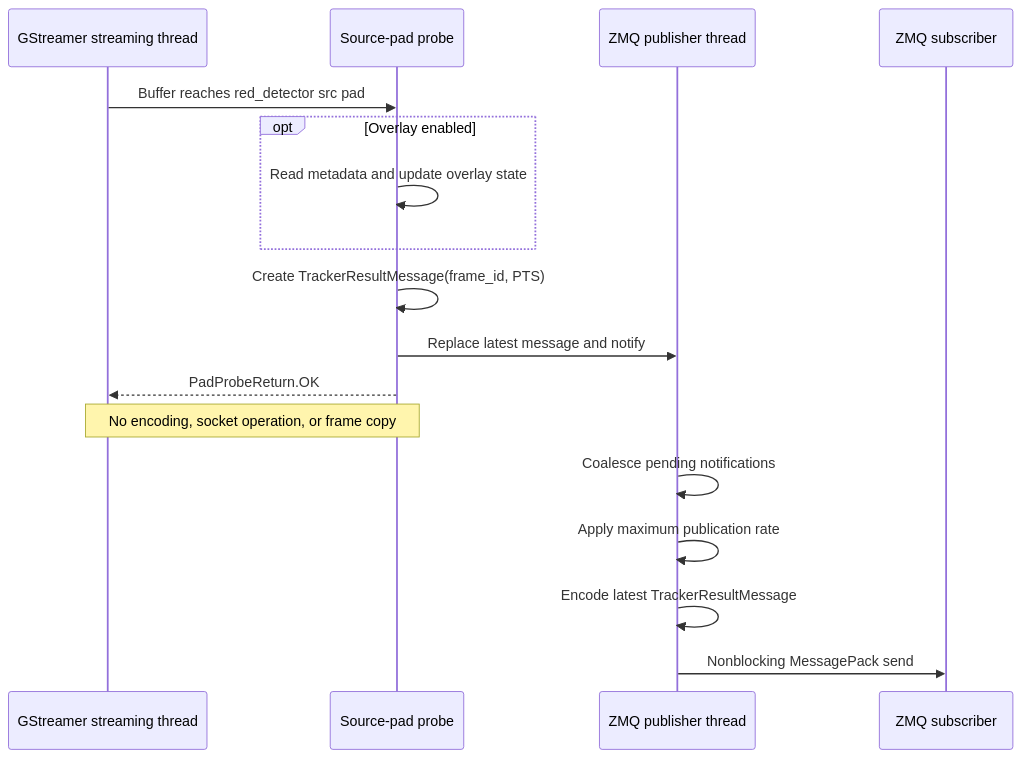
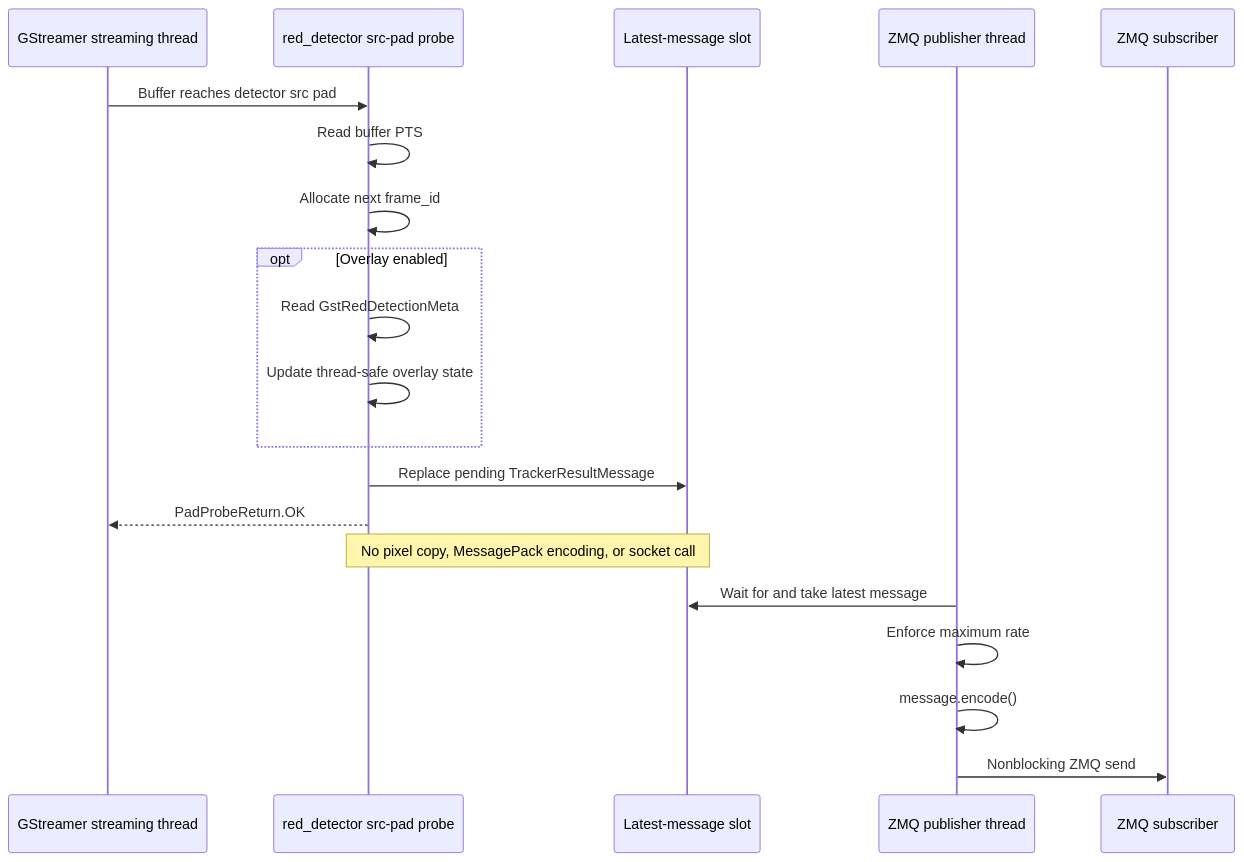
Before and after one commit to mayaboker/bt_ws: the second of 5 diagrams in bt_gst/docs/red_detection_zmq_flow.md, drawn with Mermaid. The commit also changed other lines of this file and 36 other files, not shown here.

Commit message:
clean and refactor visual bridge 1. listen to incoming tracker message

````diff
--- a/bt_gst/docs/red_detection_zmq_flow.md
+++ b/bt_gst/docs/red_detection_zmq_flow.md
@@ -42,21 +58,25 @@
 ```mermaid
 sequenceDiagram
     participant GST as GStreamer streaming thread
-    participant P as Source-pad probe
-    participant W as ZMQ publisher thread
-    participant Z as ZMQ subscriber
+    participant Probe as red_detector src-pad probe
+    participant Slot as Latest-message slot
+    participant Worker as ZMQ publisher thread
+    participant SUB as ZMQ subscriber
 
-    GST->>P: Buffer reaches red_detector src pad
+    GST->>Probe: Buffer reaches detector src pad
+    Probe->>Probe: Read buffer PTS
+    Probe->>Probe: Allocate next frame_id
     opt Overlay enabled
-        P->>P: Read metadata and update overlay state
+        Probe->>Probe: Read GstRedDetectionMeta
+        Probe->>Probe: Update thread-safe overlay state
     end
-    P->>P: Create TrackerResultMessage(frame_id, PTS)
-    P->>W: Replace latest message and notify
-    P-->>GST: PadProbeReturn.OK
-    Note over GST,P: No encoding, socket operation, or frame copy
+    Probe->>Slot: Replace pending TrackerResultMessage
+    Probe-->>GST: PadProbeReturn.OK
 
-    W->>W: Coalesce pending notifications
-    W->>W: Apply maximum publication rate
-    W->>W: Encode latest TrackerResultMessage
-    W->>Z: Nonblocking MessagePack send
+    Note over Probe,Slot: No pixel copy, MessagePack encoding, or socket call
+
+    Worker->>Slot: Wait for and take latest message
+    Worker->>Worker: Enforce maximum rate
+    Worker->>Worker: message.encode()
+    Worker->>SUB: Nonblocking ZMQ send
 ```
````
